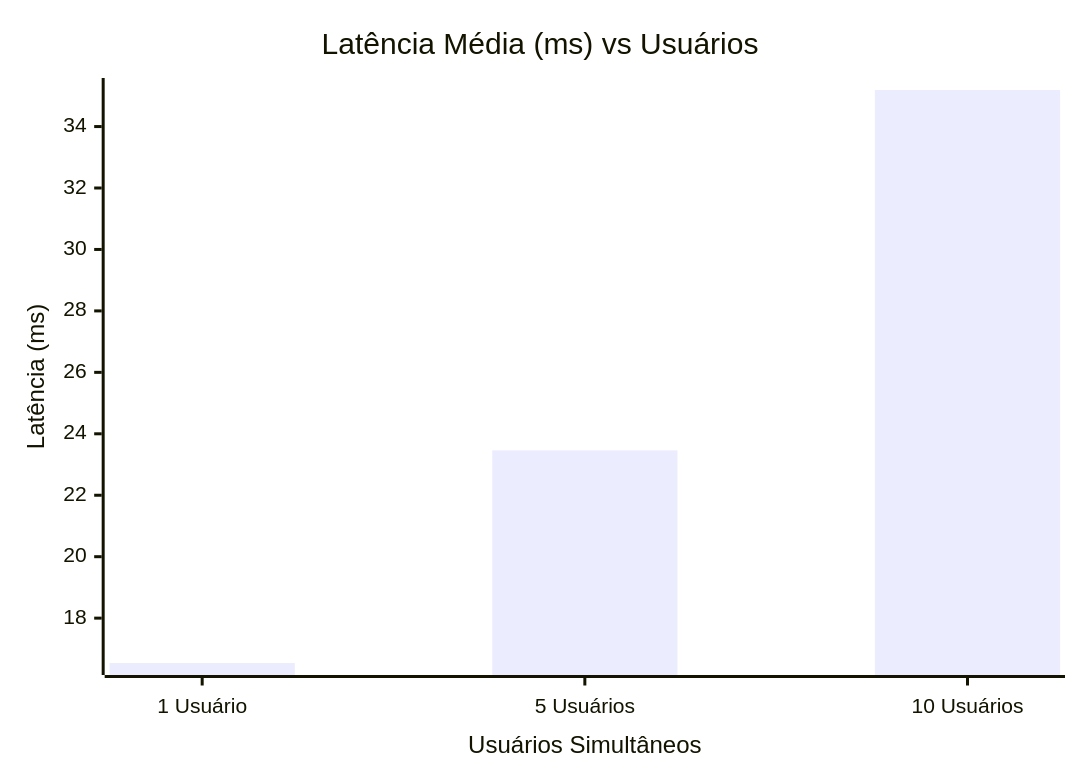
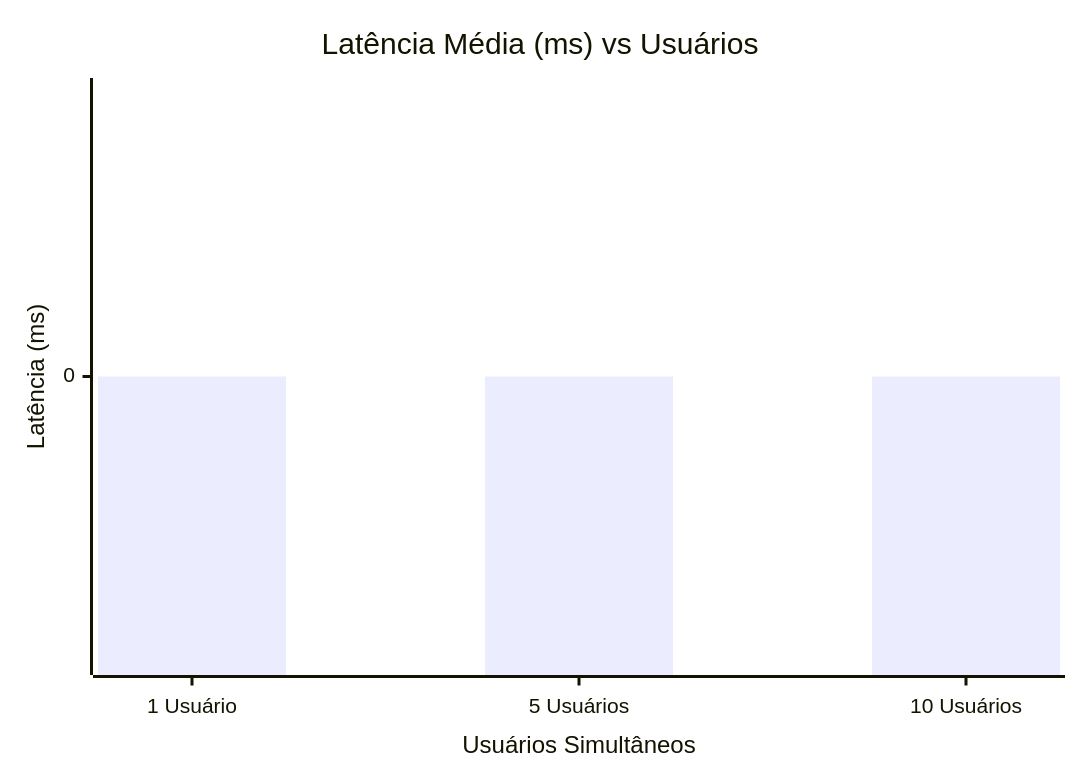
Before and after one commit to mavygarcia/AV3: the first of 3 diagrams in docs/relatorio_completo.md, drawn with Mermaid. The commit also changed other lines of this file and 4 other files, not shown here.

````diff
--- a/docs/relatorio_completo.md
+++ b/docs/relatorio_completo.md
@@ -156,7 +34,7 @@
 ```mermaid
 xychart-beta
     title "Latência Média (ms) vs Usuários"
     x-axis "Usuários Simultâneos" ["1 Usuário", "5 Usuários", "10 Usuários"]
     y-axis "Latência (ms)"
-    bar [16.54, 23.46, 35.19]
+    bar [0.00, 0.00, 0.00]
 ```
````
